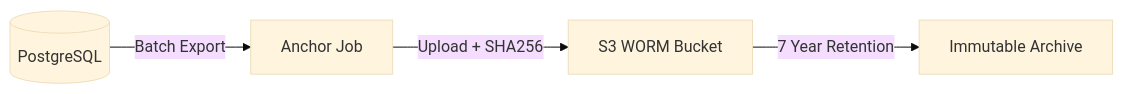
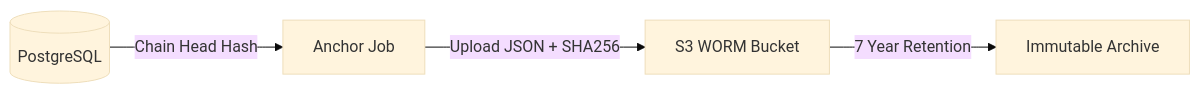
The second of 2 diagrams in docs/src/content/docs/security/compliance/audit-trail.mdx (DocSpring/rack-gateway), drawn with Mermaid (base theme) before and after one commit. The commit also changed other lines of this file and 52 other files, not shown here.

````diff
--- a/docs/src/content/docs/security/compliance/audit-trail.mdx
+++ b/docs/src/content/docs/security/compliance/audit-trail.mdx
@@ -166,6 +138,6 @@
 ```mermaid
 graph LR
-    DB[(PostgreSQL)] -->|Batch Export| Anchor[Anchor Job]
-    Anchor -->|Upload + SHA256| S3[S3 WORM Bucket]
+    DB[(PostgreSQL)] -->|Chain Head Hash| Anchor[Anchor Job]
+    Anchor -->|Upload JSON + SHA256| S3[S3 WORM Bucket]
     S3 -->|7 Year Retention| Archive[Immutable Archive]
 ```
````
